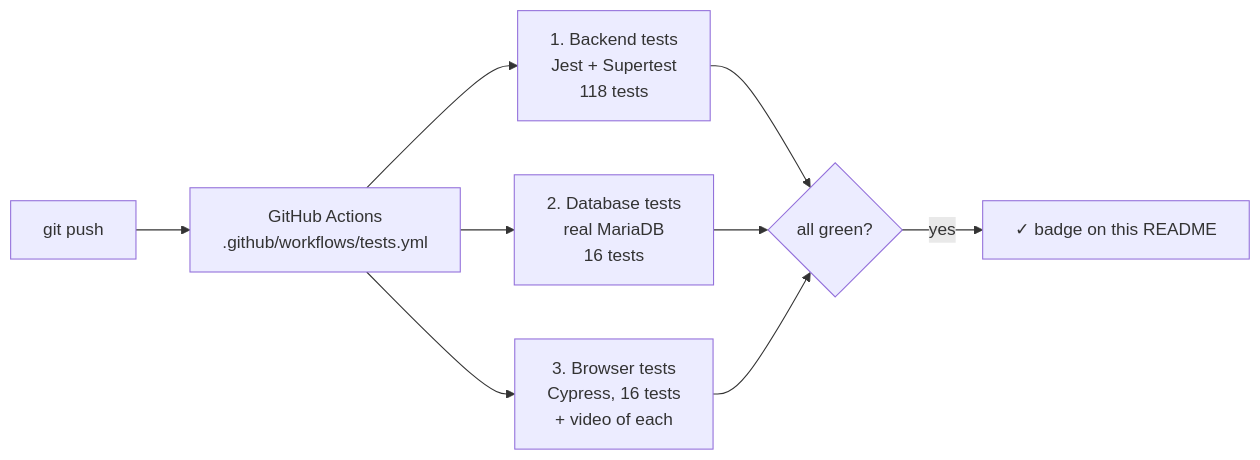
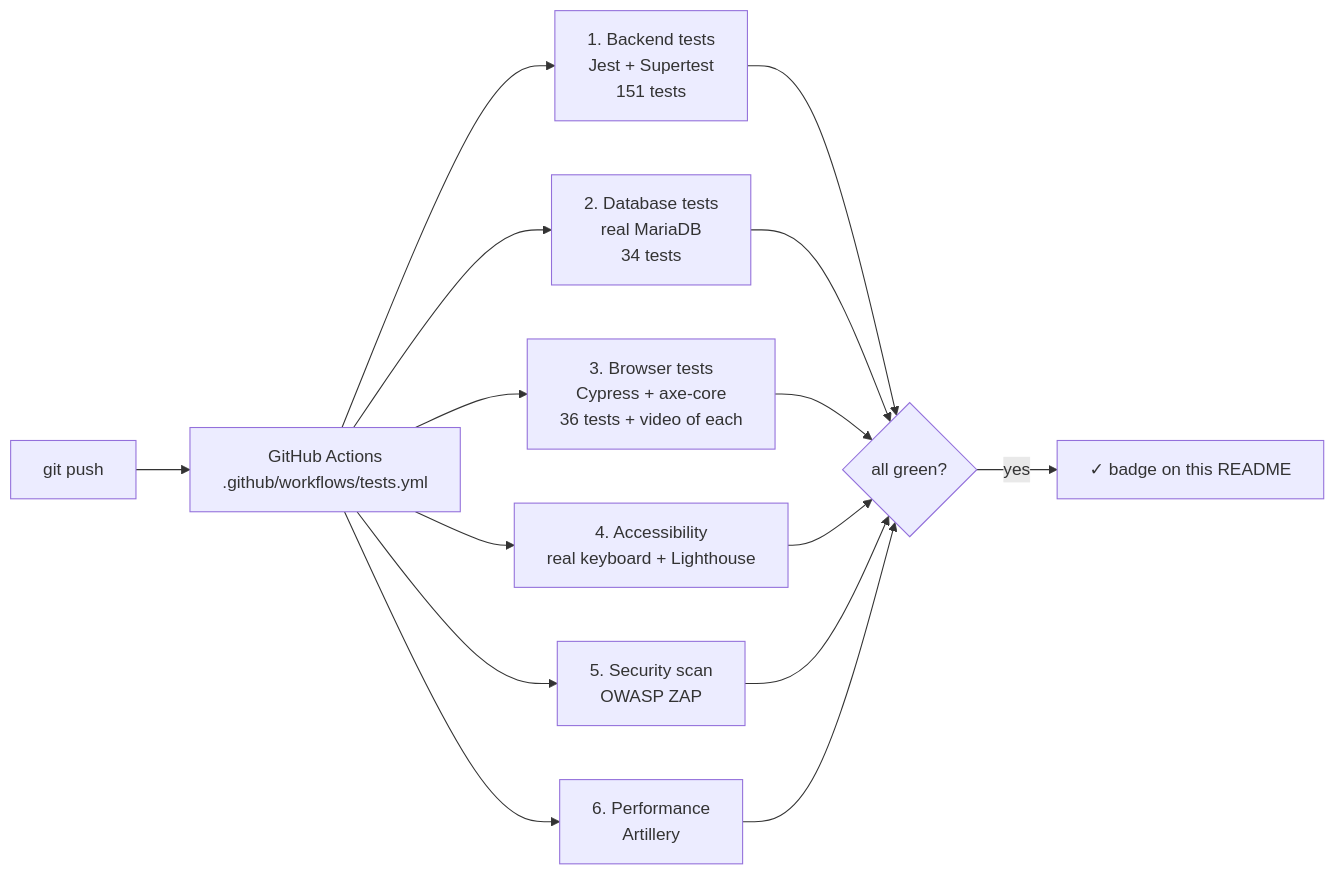
One commit to Pedriux0/inventory-ordering-portal changed the fifth of 5 diagrams in README.md. Above: the diagram before and after it, drawn with Mermaid. The commit also changed other lines of this file and 3 other files, not shown here.

````diff
--- a/README.md
+++ b/README.md
@@ -149,11 +149,17 @@
 ```mermaid
 flowchart LR
     Push["git push"] --> GHA["GitHub Actions<br/>.github/workflows/tests.yml"]
-    GHA --> J1["1. Backend tests<br/>Jest + Supertest<br/>118 tests"]
-    GHA --> J2["2. Database tests<br/>real MariaDB<br/>16 tests"]
-    GHA --> J3["3. Browser tests<br/>Cypress, 16 tests<br/>+ video of each"]
+    GHA --> J1["1. Backend tests<br/>Jest + Supertest<br/>151 tests"]
+    GHA --> J2["2. Database tests<br/>real MariaDB<br/>34 tests"]
+    GHA --> J3["3. Browser tests<br/>Cypress + axe-core<br/>36 tests + video of each"]
+    GHA --> J4["4. Accessibility<br/>real keyboard + Lighthouse"]
+    GHA --> J5["5. Security scan<br/>OWASP ZAP"]
+    GHA --> J6["6. Performance<br/>Artillery"]
     J1 --> Result{"all green?"}
     J2 --> Result
     J3 --> Result
+    J4 --> Result
+    J5 --> Result
+    J6 --> Result
     Result -->|yes| Badge["✓ badge on this README"]
 ```
````
